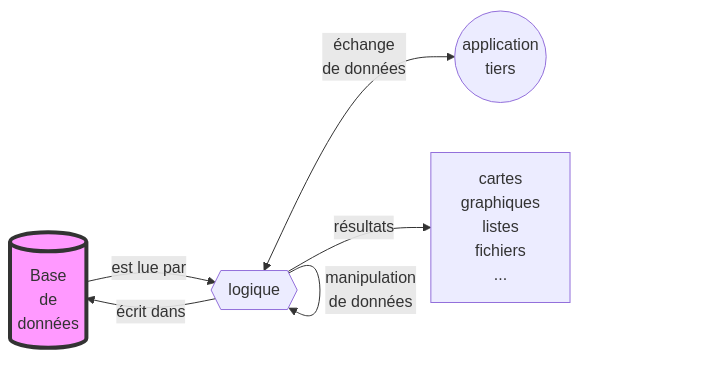
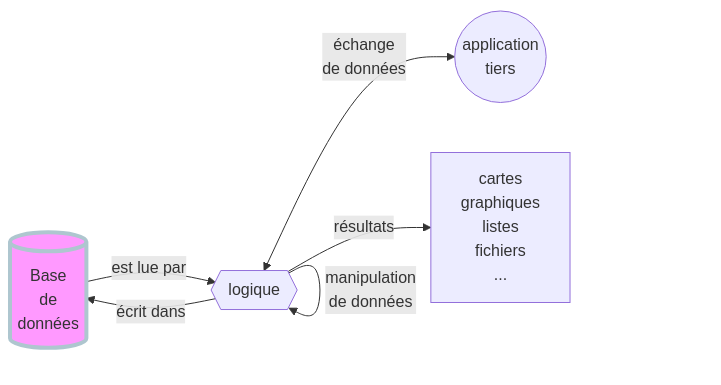
One commit to zoometh/thomashuet changed the second of 2 diagrams in profiles/arcam-traject/README.md. Above: the diagram before and after it, drawn with Mermaid. The commit also changed other lines of this file, not shown here.

````diff
--- a/profiles/arcam-traject/README.md
+++ b/profiles/arcam-traject/README.md
@@ -120,9 +120,9 @@
 ```mermaid
 flowchart LR
     A[(Base<br>de<br>données)]:::semantic -- est lue par --> B{{logique}}:::logic;
     B -- "écrit dans" --> A;
     B -- manipulation<br>de données --> B;
     B <-- "échange<br>de données" --> C((application<br>tiers)):::third;
     B -- résultats --> D[cartes<br>graphiques<br>listes<br>fichiers<br>...]:::output;;
-    style A fill:#f9f,stroke:#333,stroke-width:4px
+    style A fill:#f9f,stroke:#AEC6CF,stroke-width:4px
 ```
````
